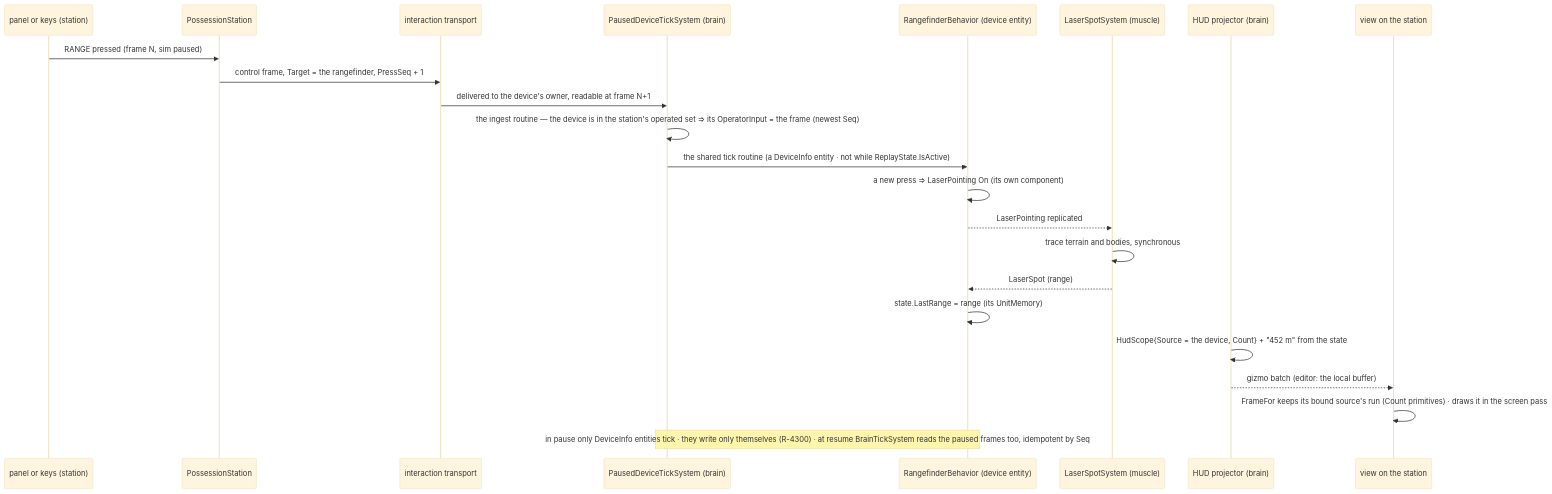
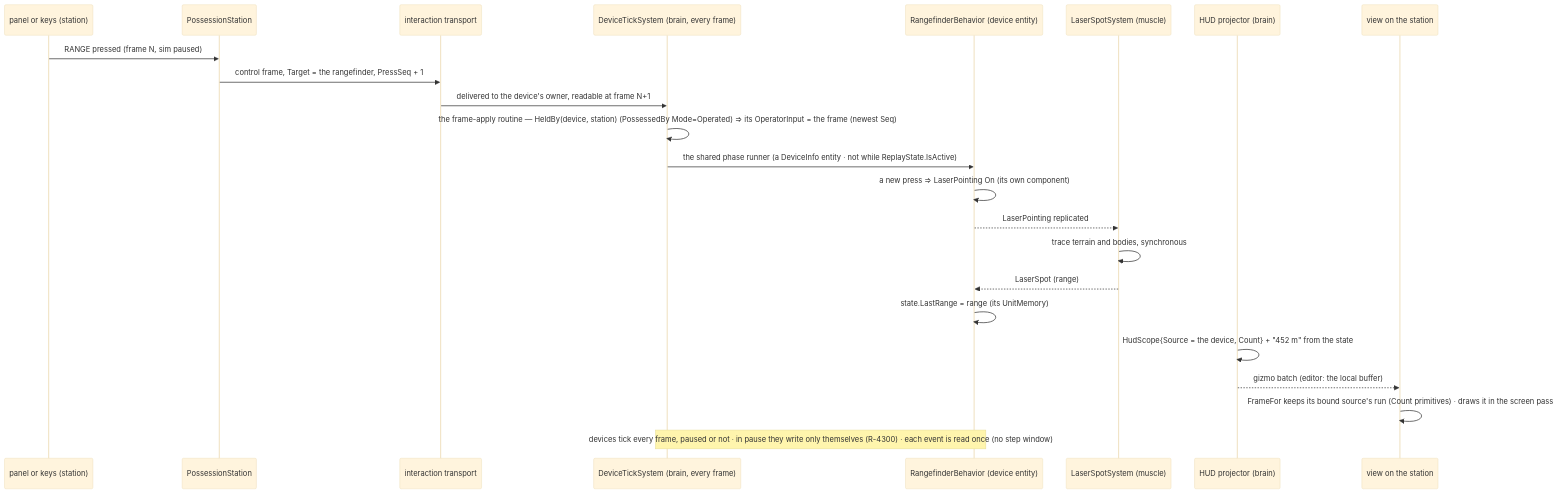
One commit to pjanec/HROT changed the third of 6 diagrams in docs/designs/devices/DESIGN_Simulated_Devices.md. Above: the diagram before and after it, drawn with Mermaid (base theme). The commit also changed other lines of this file and 1 other file, not shown here.

````diff
--- a/docs/designs/devices/DESIGN_Simulated_Devices.md
+++ b/docs/designs/devices/DESIGN_Simulated_Devices.md
@@ -193,25 +198,25 @@
 ```mermaid
 sequenceDiagram
   participant P as panel or keys (station)
   participant S as PossessionStation
   participant X as interaction transport
-  participant T as PausedDeviceTickSystem (brain)
+  participant T as DeviceTickSystem (brain, every frame)
   participant D as RangefinderBehavior (device entity)
   participant M as LaserSpotSystem (muscle)
   participant G as HUD projector (brain)
   participant V as view on the station
   P->>S: RANGE pressed (frame N, sim paused)
   S->>X: control frame, Target = the rangefinder, PressSeq + 1
   X->>T: delivered to the device's owner, readable at frame N+1
-  T->>T: the ingest routine — the device is in the station's operated set ⇒ its OperatorInput = the frame (newest Seq)
-  T->>D: the shared tick routine (a DeviceInfo entity · not while ReplayState.IsActive)
+  T->>T: the frame-apply routine — HeldBy(device, station) (PossessedBy Mode=Operated) ⇒ its OperatorInput = the frame (newest Seq)
+  T->>D: the shared phase runner (a DeviceInfo entity · not while ReplayState.IsActive)
   D->>D: a new press ⇒ LaserPointing On (its own component)
   D-->>M: LaserPointing replicated
   M->>M: trace terrain and bodies, synchronous
   M-->>D: LaserSpot (range)
   D->>D: state.LastRange = range (its UnitMemory)
   G->>G: HudScope{Source = the device, Count} + "452 m" from the state
   G-->>V: gizmo batch (editor: the local buffer)
   V->>V: FrameFor keeps its bound source's run (Count primitives) · draws it in the screen pass
-  Note over T,D: in pause only DeviceInfo entities tick · they write only themselves (R-4300) · at resume BrainTickSystem reads the paused frames too, idempotent by Seq
+  Note over T,D: devices tick every frame, paused or not · in pause they write only themselves (R-4300) · each event is read once (no step window)
 ```
````
